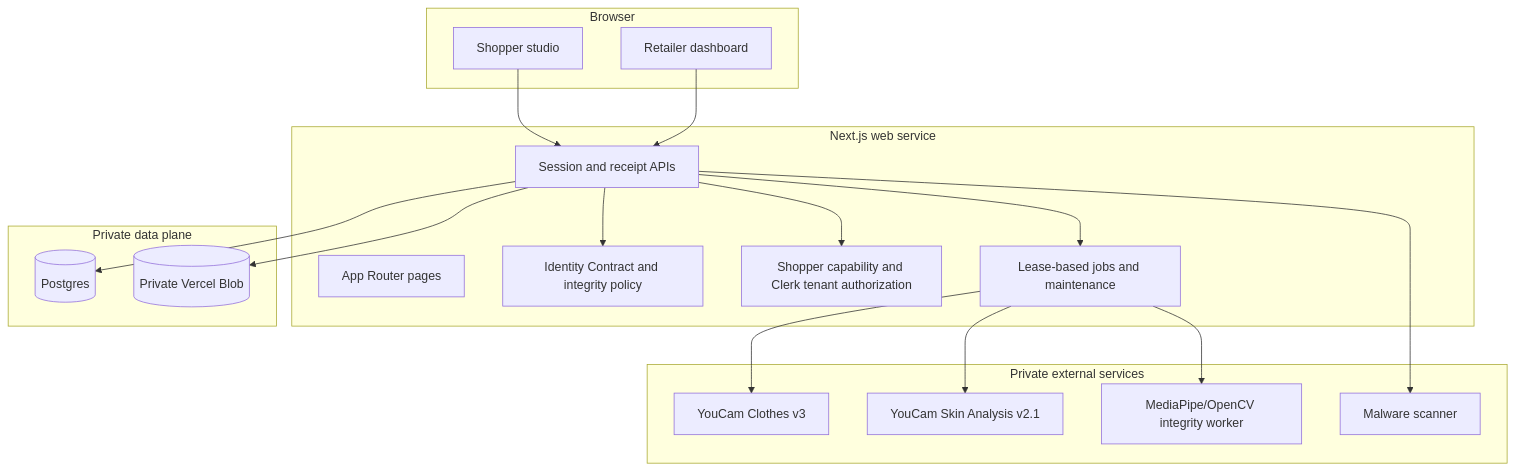
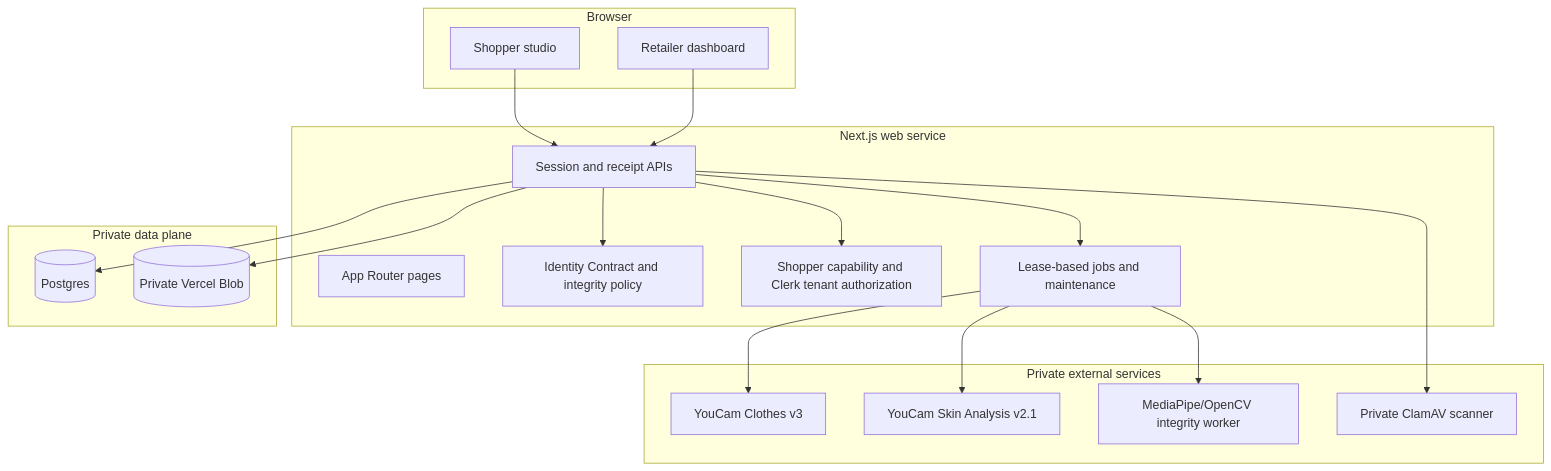
Before and after one commit to ankitlade12/keepme: the first of 2 diagrams in docs/architecture.md, drawn with Mermaid. The commit also changed other lines of this file and 14 other files, not shown here.

````diff
--- a/docs/architecture.md
+++ b/docs/architecture.md
@@ -28,39 +28,39 @@
 ```mermaid
 graph TB
     subgraph CLIENT[Browser]
         STUDIO[Shopper studio]
         DASH[Retailer dashboard]
     end
 
     subgraph WEB[Next.js web service]
         ROUTES[App Router pages]
         API[Session and receipt APIs]
         POLICY[Identity Contract and integrity policy]
         AUTH[Shopper capability and Clerk tenant authorization]
         JOBS[Lease-based jobs and maintenance]
     end
 
     subgraph DATA[Private data plane]
         PG[(Postgres)]
         BLOB[(Private Vercel Blob)]
     end
 
     subgraph PROVIDERS[Private external services]
         CLOTHES[YouCam Clothes v3]
         SKIN[YouCam Skin Analysis v2.1]
         VISION[MediaPipe/OpenCV integrity worker]
-        SCANNER[Malware scanner]
+        SCANNER[Private ClamAV scanner]
     end
 
     STUDIO --> API
     DASH --> API
     API --> AUTH
     API --> POLICY
     API --> JOBS
     API --> PG
     API --> BLOB
     API --> SCANNER
     JOBS --> CLOTHES
     JOBS --> SKIN
     JOBS --> VISION
 ```
````
